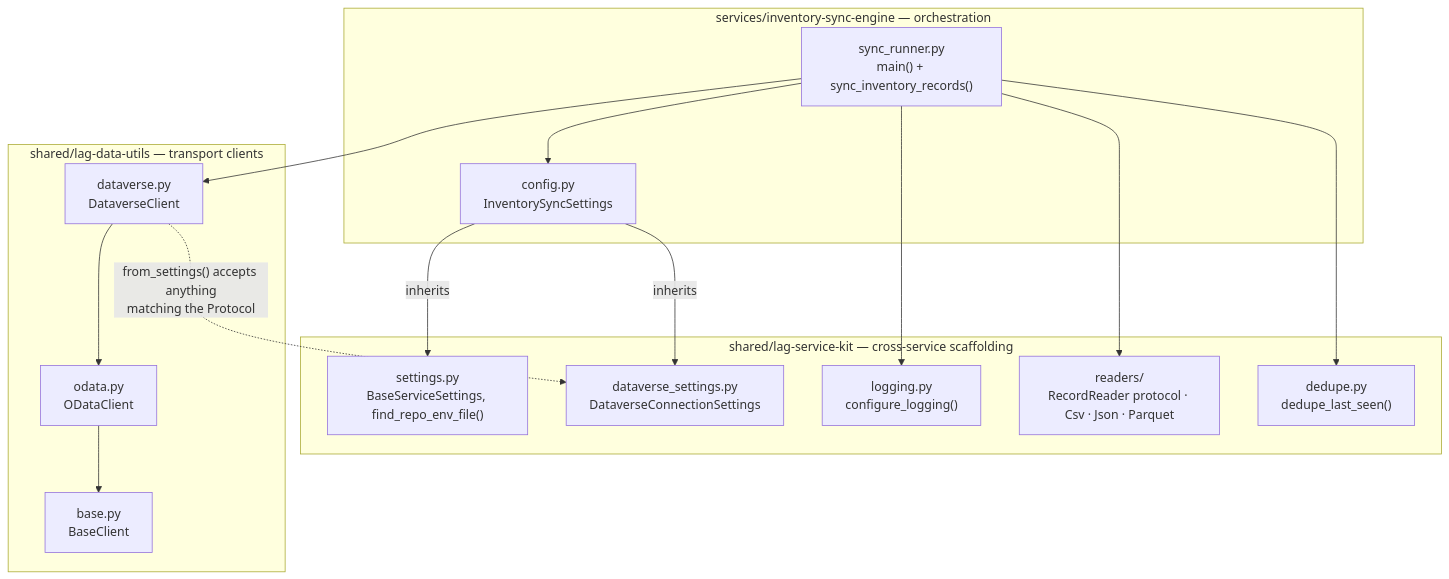
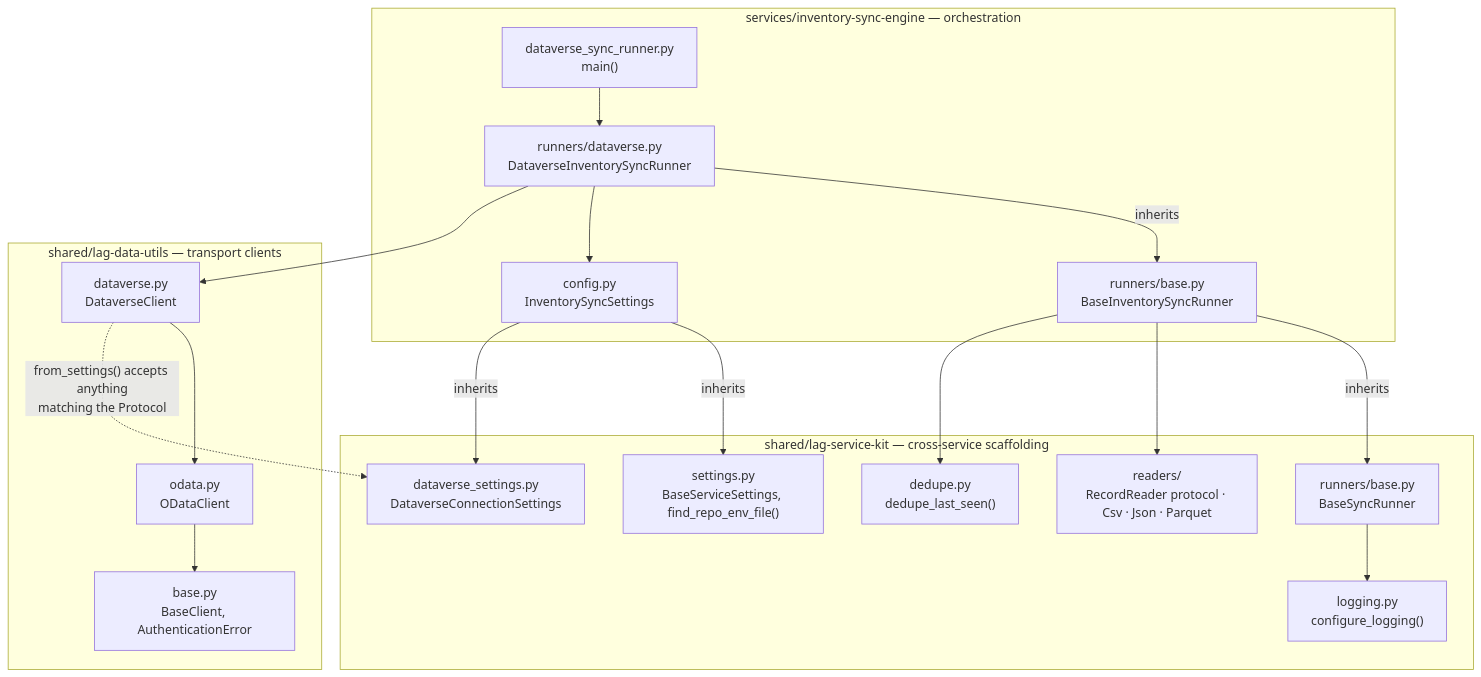
Before and after one commit to Linear-Analytics-Group/LAG-portfolio: the first of 2 diagrams in README.md, drawn with Mermaid. The commit also changed other lines of this file and 11 other files, not shown here.

First line of the commit message:
refactor(inventory-sync): layer sync runner into base/destination classes

````diff
--- a/README.md
+++ b/README.md
@@ -34,31 +34,37 @@
 ```mermaid
 graph TD
     subgraph "services/inventory-sync-engine — orchestration"
-        SR["sync_runner.py<br/>main() + sync_inventory_records()"]
+        EP["dataverse_sync_runner.py<br/>main()"]
+        DISR["runners/dataverse.py<br/>DataverseInventorySyncRunner"]
+        BISR["runners/base.py<br/>BaseInventorySyncRunner"]
         CFG["config.py<br/>InventorySyncSettings"]
     end
 
     subgraph "shared/lag-service-kit — cross-service scaffolding"
+        BSR["runners/base.py<br/>BaseSyncRunner"]
         BSS["settings.py<br/>BaseServiceSettings, find_repo_env_file()"]
         DCS["dataverse_settings.py<br/>DataverseConnectionSettings"]
         LOG["logging.py<br/>configure_logging()"]
         RDR["readers/<br/>RecordReader protocol · Csv · Json · Parquet"]
         DEDUPE["dedupe.py<br/>dedupe_last_seen()"]
     end
 
     subgraph "shared/lag-data-utils — transport clients"
-        BASE["base.py<br/>BaseClient"]
+        BASE["base.py<br/>BaseClient, AuthenticationError"]
         ODATA["odata.py<br/>ODataClient"]
         DV["dataverse.py<br/>DataverseClient"]
     end
 
+    EP --> DISR
+    DISR -->|inherits| BISR
+    BISR -->|inherits| BSR
     CFG -->|inherits| BSS
     CFG -->|inherits| DCS
-    SR --> CFG
-    SR --> LOG
-    SR --> RDR
-    SR --> DEDUPE
-    SR --> DV
+    DISR --> CFG
+    DISR --> DV
+    BISR --> RDR
+    BISR --> DEDUPE
+    BSR --> LOG
     DV --> ODATA --> BASE
     DV -.->|"from_settings() accepts anything<br/>matching the Protocol"| DCS
 ```
````
